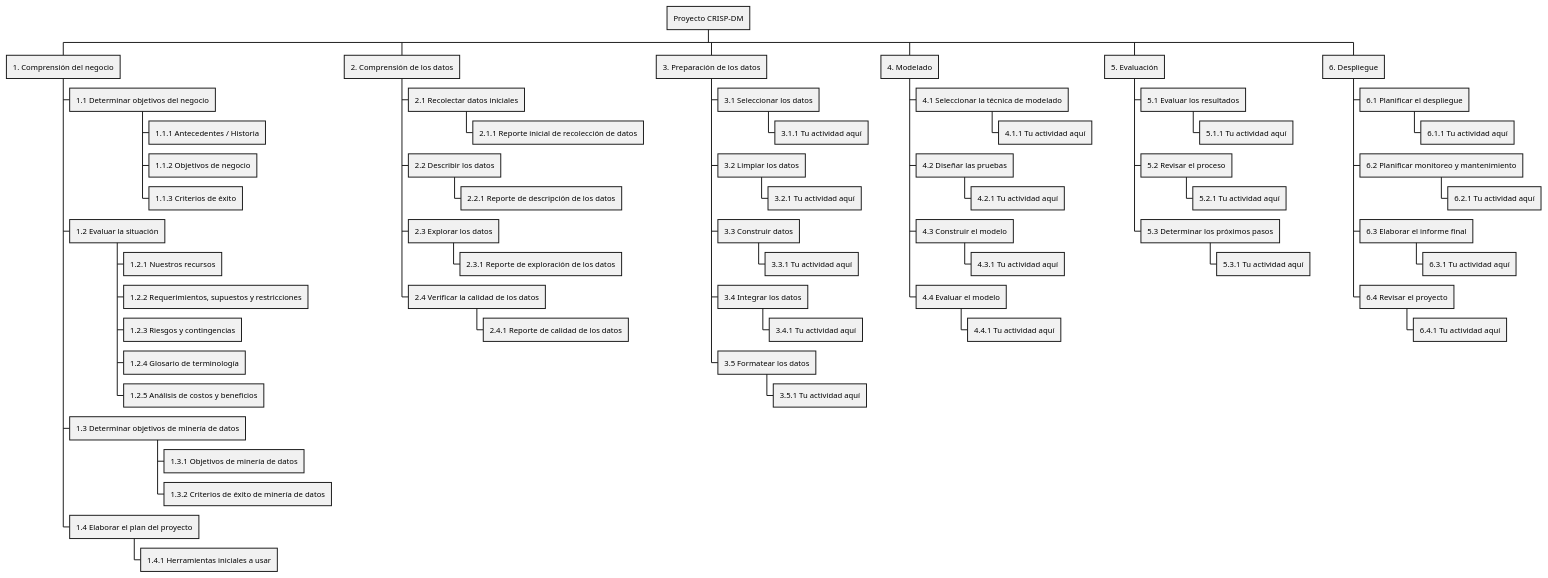
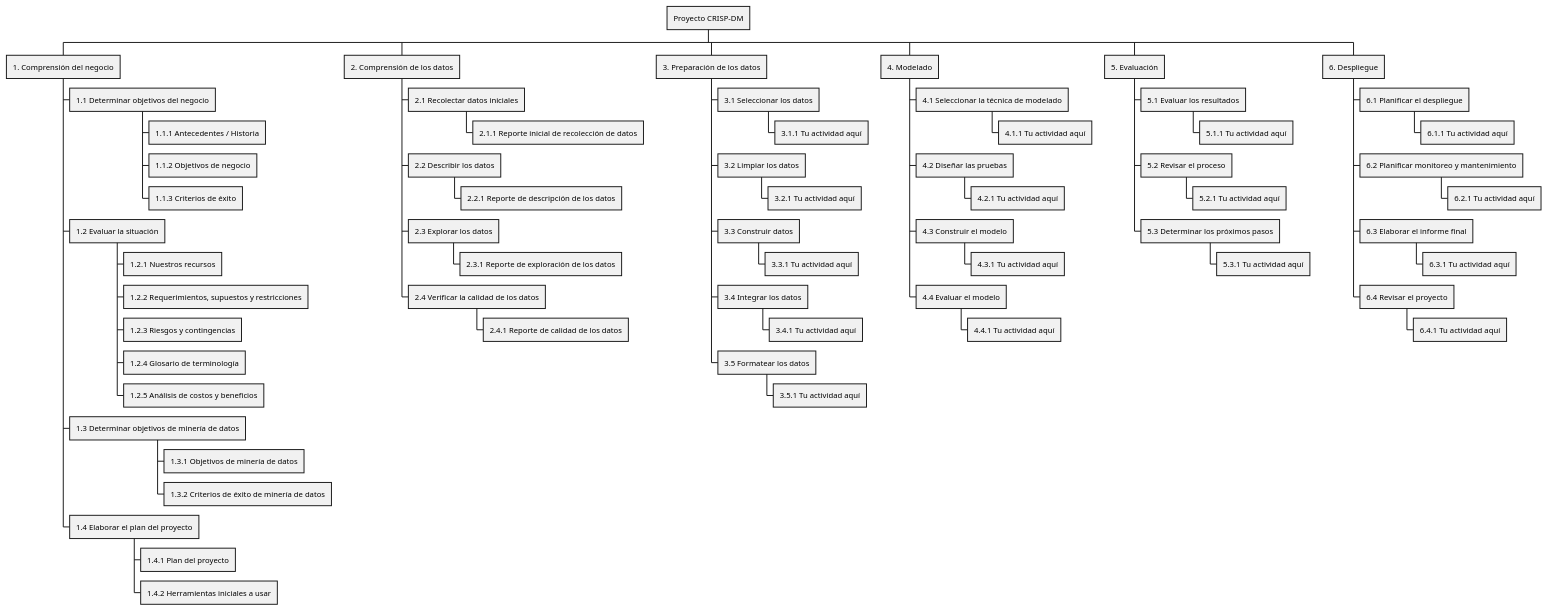
One commit to AIPorDefinir/ai-model-pordefinir changed the diagram in crisp-dm-wbs.puml. Above: the diagram before and after it, drawn with PlantUML.

Commit message:
Se agrega el entregable Plan del proyecto en la etapa 1.4 del WBS

```diff
--- a/crisp-dm-wbs.puml
+++ b/crisp-dm-wbs.puml
@@ -1,70 +1,71 @@
 @startwbs
 * Proyecto CRISP-DM
 
 ** 1. Comprensión del negocio
 *** 1.1 Determinar objetivos del negocio
 **** 1.1.1 Antecedentes / Historia
 **** 1.1.2 Objetivos de negocio
 **** 1.1.3 Criterios de éxito
 *** 1.2 Evaluar la situación
 **** 1.2.1 Nuestros recursos
 **** 1.2.2 Requerimientos, supuestos y restricciones
 **** 1.2.3 Riesgos y contingencias
 **** 1.2.4 Glosario de terminología
 **** 1.2.5 Análisis de costos y beneficios
 *** 1.3 Determinar objetivos de minería de datos
 **** 1.3.1 Objetivos de minería de datos
 **** 1.3.2 Criterios de éxito de minería de datos
 *** 1.4 Elaborar el plan del proyecto
-**** 1.4.1 Herramientas iniciales a usar
+**** 1.4.1 Plan del proyecto
+**** 1.4.2 Herramientas iniciales a usar
 
 ** 2. Comprensión de los datos
 *** 2.1 Recolectar datos iniciales
 **** 2.1.1 Reporte inicial de recolección de datos
 *** 2.2 Describir los datos
 **** 2.2.1 Reporte de descripción de los datos
 *** 2.3 Explorar los datos
 **** 2.3.1 Reporte de exploración de los datos
 *** 2.4 Verificar la calidad de los datos
 **** 2.4.1 Reporte de calidad de los datos
 
 ** 3. Preparación de los datos
 *** 3.1 Seleccionar los datos
 **** 3.1.1 Tu actividad aquí
 *** 3.2 Limpiar los datos
 **** 3.2.1 Tu actividad aquí
 *** 3.3 Construir datos
 **** 3.3.1 Tu actividad aquí
 *** 3.4 Integrar los datos
 **** 3.4.1 Tu actividad aquí
 *** 3.5 Formatear los datos
 **** 3.5.1 Tu actividad aquí
 
 ** 4. Modelado
 *** 4.1 Seleccionar la técnica de modelado
 **** 4.1.1 Tu actividad aquí
 *** 4.2 Diseñar las pruebas
 **** 4.2.1 Tu actividad aquí
 *** 4.3 Construir el modelo
 **** 4.3.1 Tu actividad aquí
 *** 4.4 Evaluar el modelo
 **** 4.4.1 Tu actividad aquí
 
 ** 5. Evaluación
 *** 5.1 Evaluar los resultados
 **** 5.1.1 Tu actividad aquí
 *** 5.2 Revisar el proceso
 **** 5.2.1 Tu actividad aquí
 *** 5.3 Determinar los próximos pasos
 **** 5.3.1 Tu actividad aquí
 
 ** 6. Despliegue
 *** 6.1 Planificar el despliegue
 **** 6.1.1 Tu actividad aquí
 *** 6.2 Planificar monitoreo y mantenimiento
 **** 6.2.1 Tu actividad aquí
 *** 6.3 Elaborar el informe final
 **** 6.3.1 Tu actividad aquí
 *** 6.4 Revisar el proyecto
 **** 6.4.1 Tu actividad aquí
 @endwbs
```
